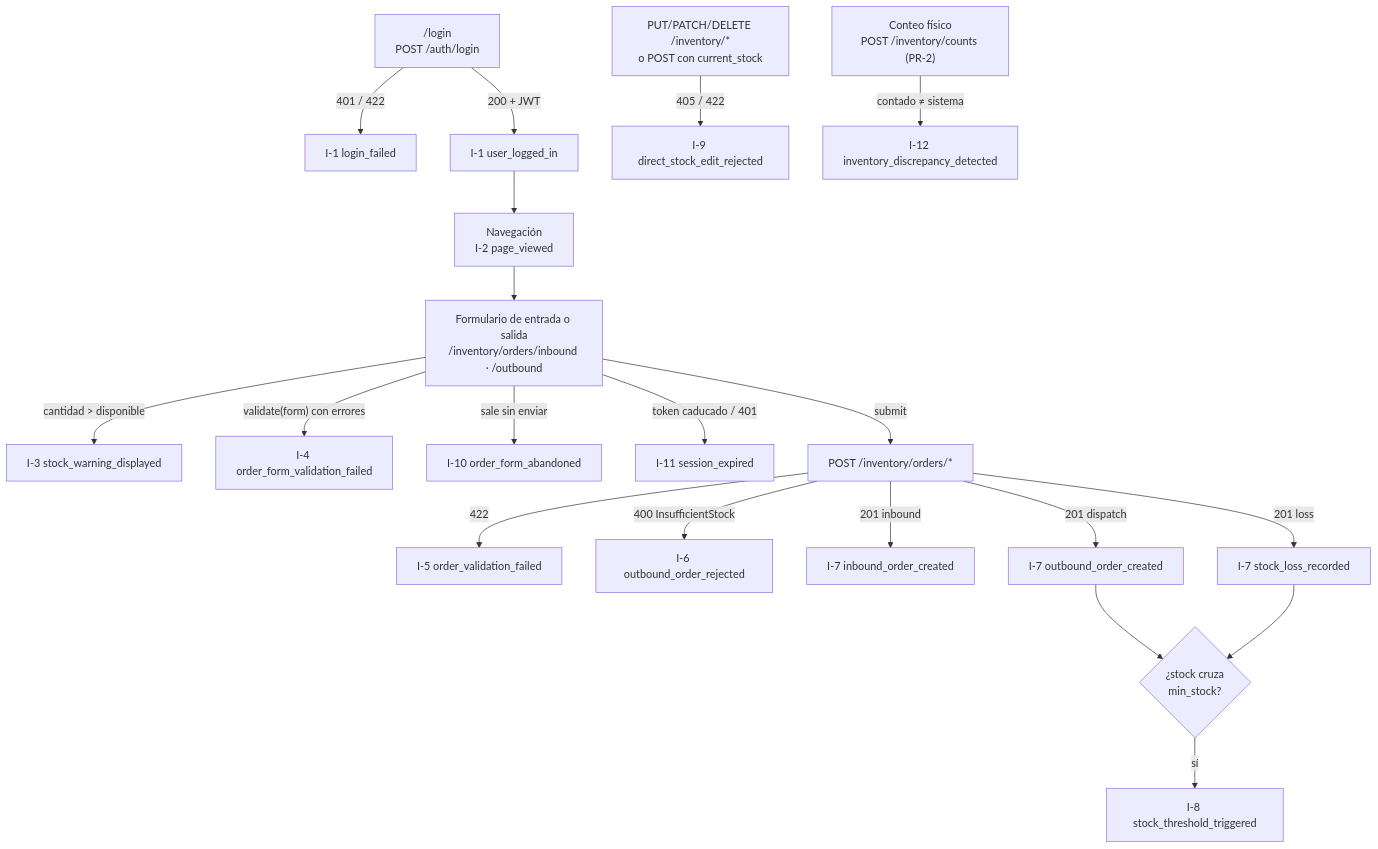
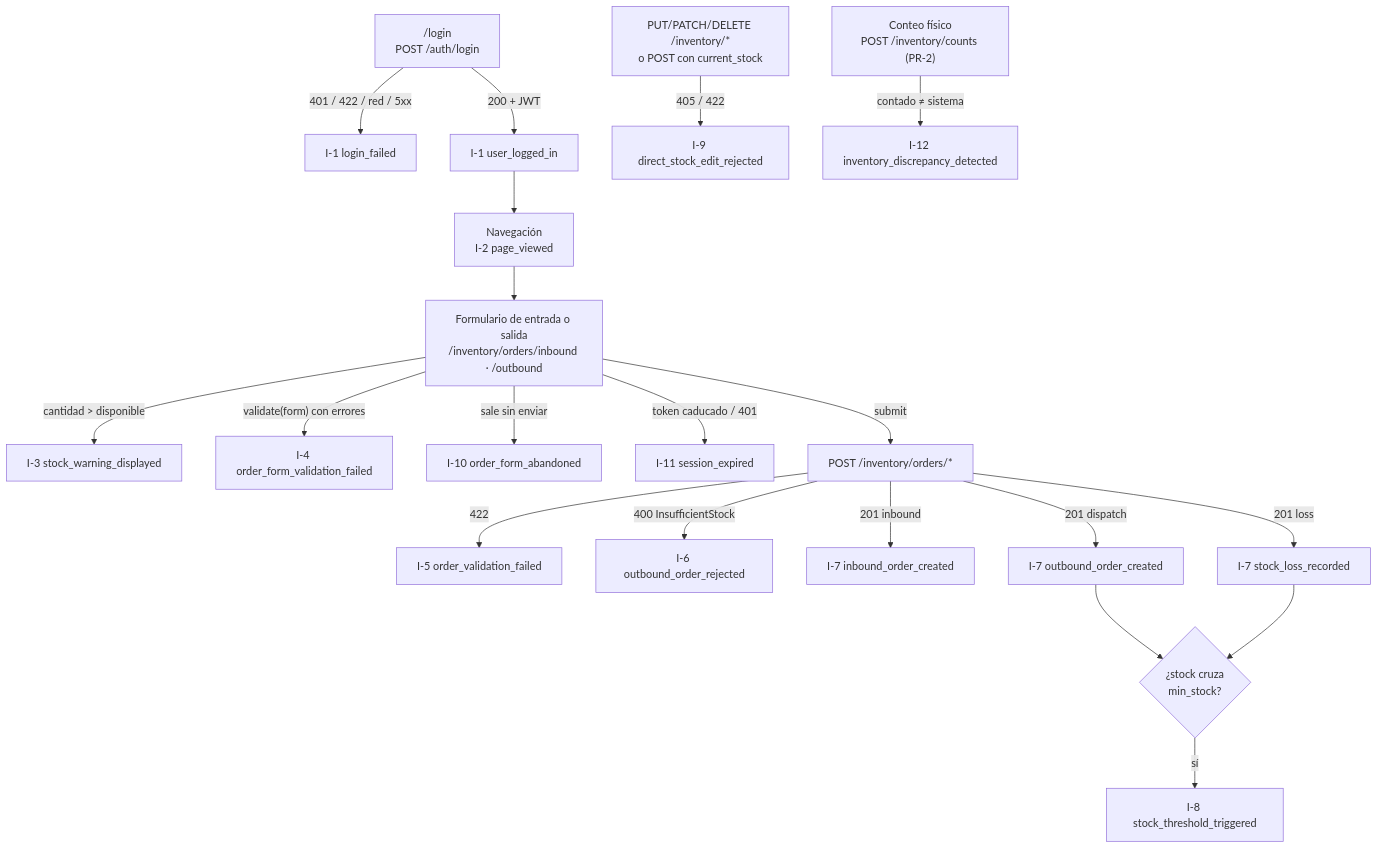
Before and after one commit to 4GeeksAcademy/ai-engineering-company-project-Jose_Carlos: the first of 2 diagrams in TELEMETRY_PLAN.md, drawn with Mermaid. The commit also changed other lines of this file and 50 other files, not shown here.

````diff
--- a/TELEMETRY_PLAN.md
+++ b/TELEMETRY_PLAN.md
@@ -60,22 +61,22 @@
 ```mermaid
 flowchart TD
-    L["/login<br/>POST /auth/login"] -->|401 / 422| I1F["I-1 login_failed"]
+    L["/login<br/>POST /auth/login"] -->|"401 / 422 / red / 5xx"| I1F["I-1 login_failed"]
     L -->|200 + JWT| I1["I-1 user_logged_in"]
     I1 --> NAV["Navegación<br/>I-2 page_viewed"]
     NAV --> FORM["Formulario de entrada o salida<br/>/inventory/orders/inbound · /outbound"]
     FORM -->|"cantidad > disponible"| I3["I-3 stock_warning_displayed"]
     FORM -->|"validate(form) con errores"| I4["I-4 order_form_validation_failed"]
     FORM -->|"sale sin enviar"| I10["I-10 order_form_abandoned"]
     FORM -->|"token caducado / 401"| I11["I-11 session_expired"]
     FORM -->|submit| API["POST /inventory/orders/*"]
     API -->|422| I5["I-5 order_validation_failed"]
     API -->|"400 InsufficientStock"| I6["I-6 outbound_order_rejected"]
     API -->|"201 inbound"| I7a["I-7 inbound_order_created"]
     API -->|"201 dispatch"| I7b["I-7 outbound_order_created"]
     API -->|"201 loss"| I7c["I-7 stock_loss_recorded"]
     I7b --> TH{"¿stock cruza<br/>min_stock?"}
     I7c --> TH
     TH -->|sí| I8["I-8 stock_threshold_triggered"]
     DIRECT["PUT/PATCH/DELETE /inventory/*<br/>o POST con current_stock"] -->|"405 / 422"| I9["I-9 direct_stock_edit_rejected"]
     COUNT["Conteo físico<br/>POST /inventory/counts (PR-2)"] -->|"contado ≠ sistema"| I12["I-12 inventory_discrepancy_detected"]
 ```
````
